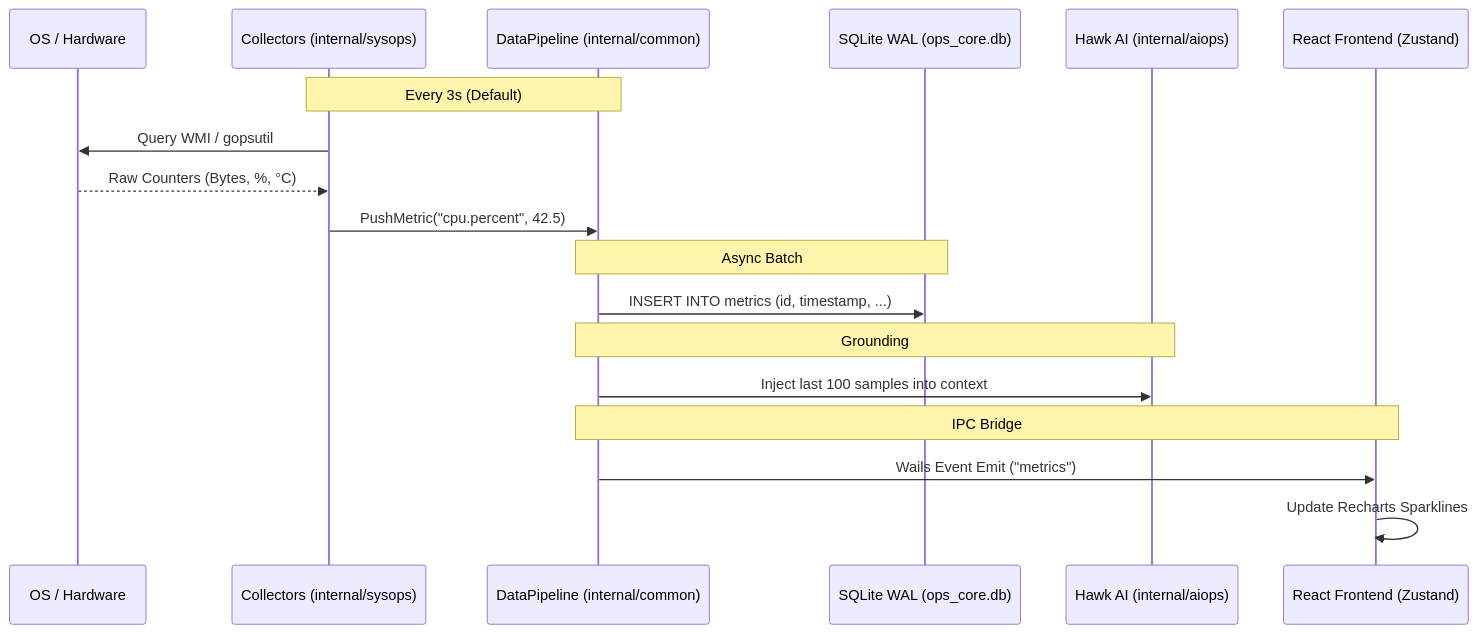
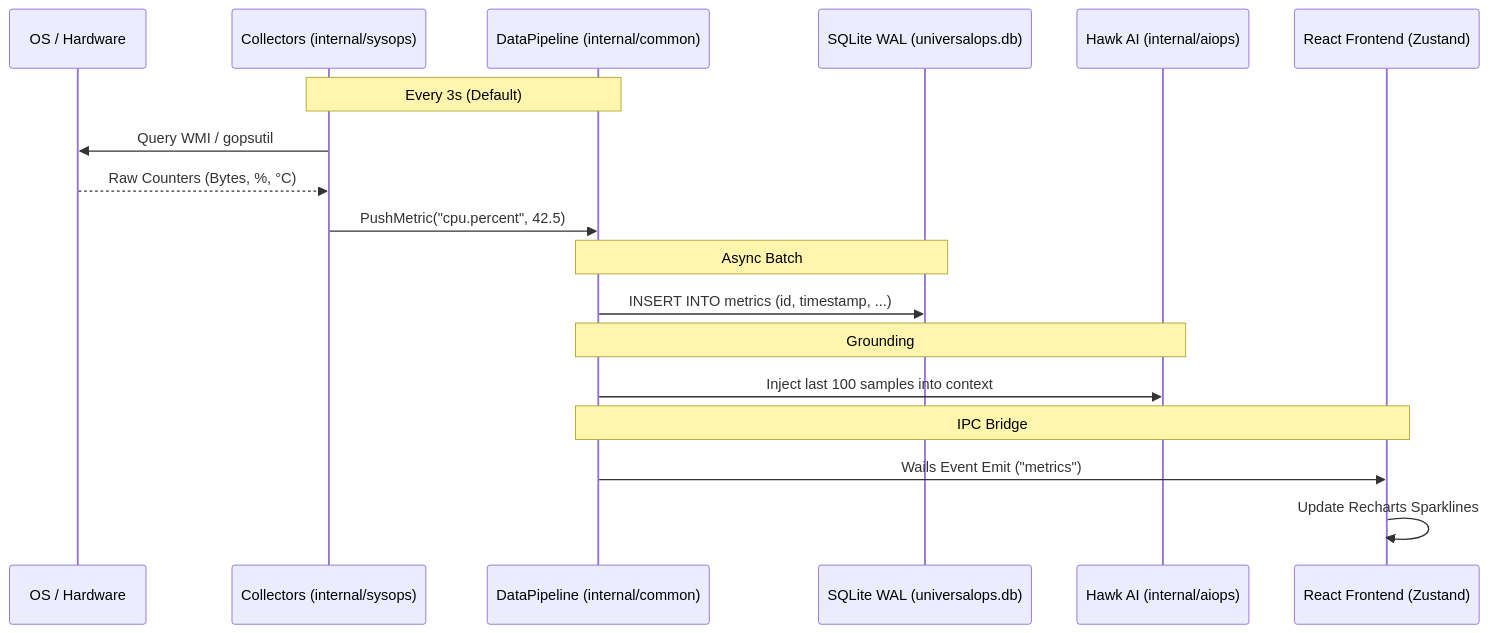
The first of 2 diagrams in docs/DATA_FLOW.md (shahriarhaqueabir/UniversalOps), drawn with Mermaid before and after one commit. The commit also changed 173 other files, not shown here.

````diff
--- a/docs/DATA_FLOW.md
+++ b/docs/DATA_FLOW.md
@@ -11,24 +11,24 @@
 ```mermaid
 sequenceDiagram
     participant HW as OS / Hardware
     participant COLL as Collectors (internal/sysops)
     participant PIPE as DataPipeline (internal/common)
-    participant DB as SQLite WAL (ops_core.db)
+    participant DB as SQLite WAL (universalops.db)
     participant AI as Hawk AI (internal/aiops)
     participant UI as React Frontend (Zustand)
 
     Note over COLL, PIPE: Every 3s (Default)
     COLL->>HW: Query WMI / gopsutil
     HW-->>COLL: Raw Counters (Bytes, %, °C)
     COLL->>PIPE: PushMetric("cpu.percent", 42.5)
     
     Note over PIPE, DB: Async Batch
     PIPE->>DB: INSERT INTO metrics (id, timestamp, ...)
     
     Note over PIPE, AI: Grounding
     PIPE->>AI: Inject last 100 samples into context
     
     Note over PIPE, UI: IPC Bridge
     PIPE->>UI: Wails Event Emit ("metrics")
     UI->>UI: Update Recharts Sparklines
 ```
````
